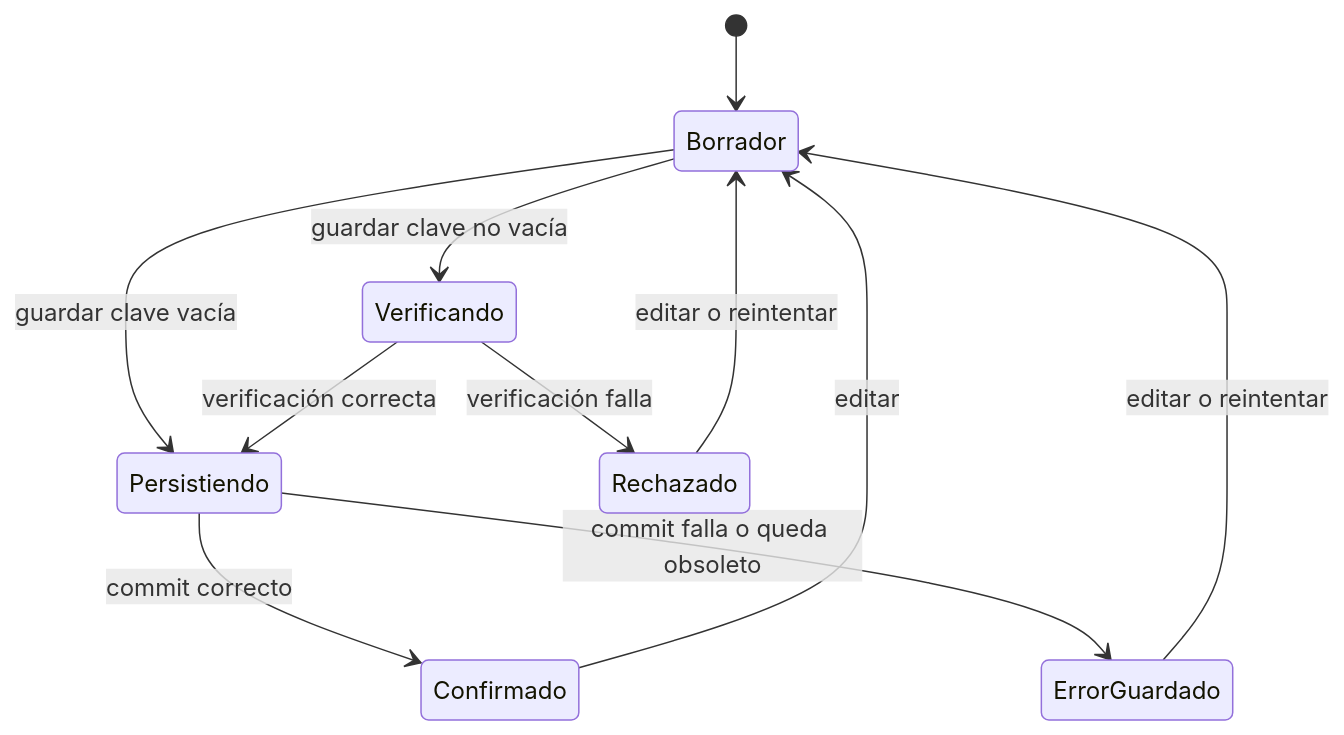
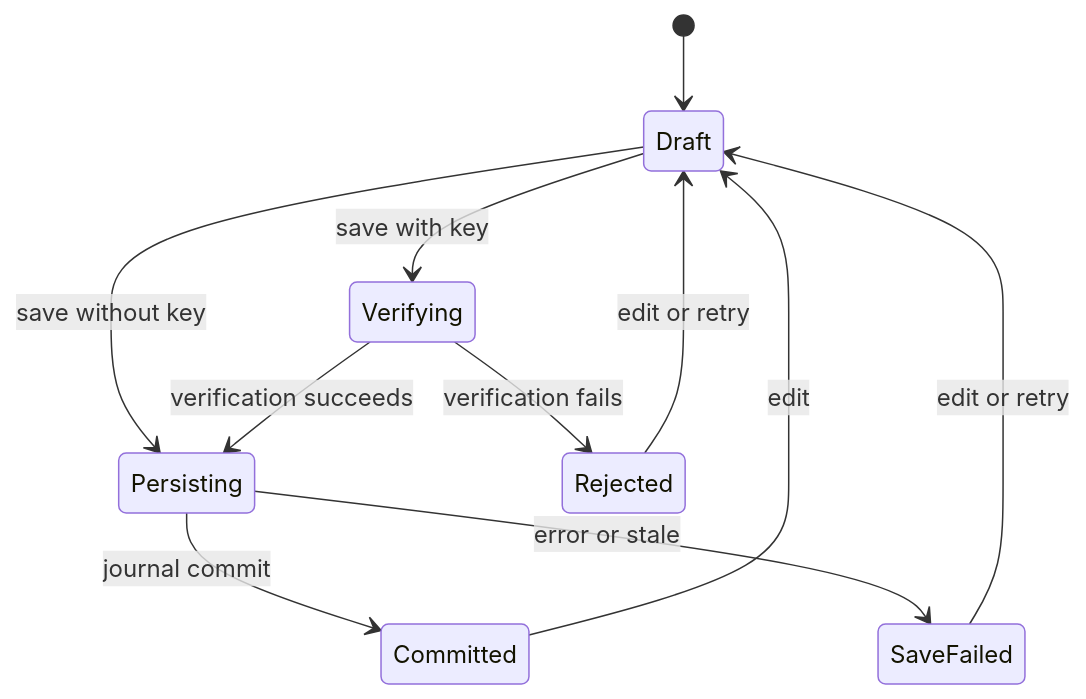
The first of 2 diagrams in openwiki/agent/provider-configuration.md (maximofn/gymnasia), drawn with Mermaid before and after one commit. The commit also changed other lines of this file and 54 other files, not shown here.

````diff
--- a/openwiki/agent/provider-configuration.md
+++ b/openwiki/agent/provider-configuration.md
@@ -93,13 +97,13 @@
 ```mermaid
 stateDiagram-v2
-    [*] --> Borrador
-    Borrador --> Verificando: guardar clave no vacía
-    Borrador --> Persistiendo: guardar clave vacía
-    Verificando --> Rechazado: verificación falla
-    Verificando --> Persistiendo: verificación correcta
-    Persistiendo --> Confirmado: commit correcto
-    Persistiendo --> ErrorGuardado: commit falla o queda obsoleto
-    Rechazado --> Borrador: editar o reintentar
-    ErrorGuardado --> Borrador: editar o reintentar
-    Confirmado --> Borrador: editar
+    [*] --> Draft
+    Draft --> Verifying: save with key
+    Draft --> Persisting: save without key
+    Verifying --> Rejected: verification fails
+    Verifying --> Persisting: verification succeeds
+    Persisting --> Committed: journal commit
+    Persisting --> SaveFailed: error or stale
+    Rejected --> Draft: edit or retry
+    SaveFailed --> Draft: edit or retry
+    Committed --> Draft: edit
 ```
````
